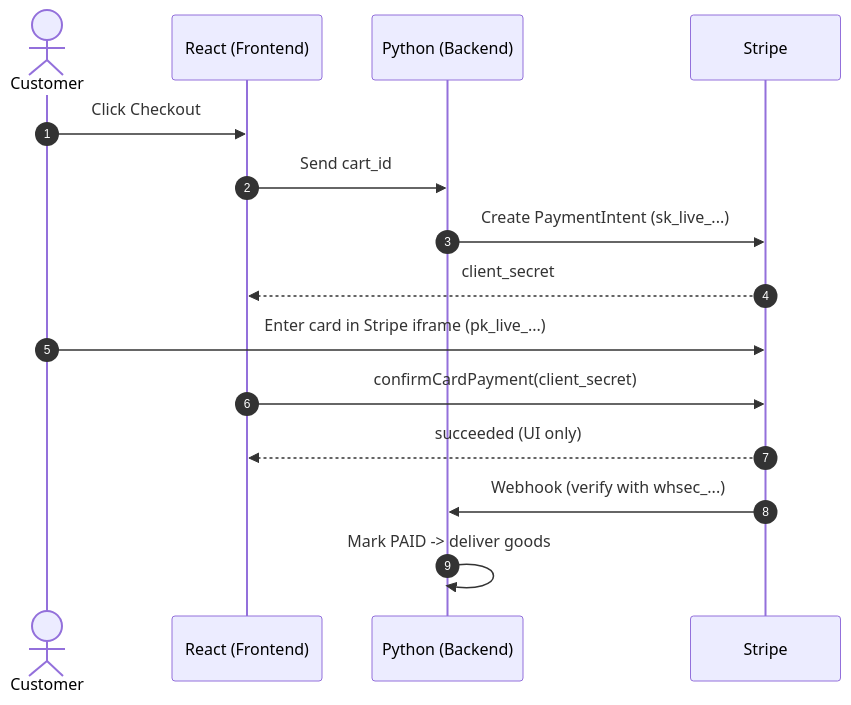
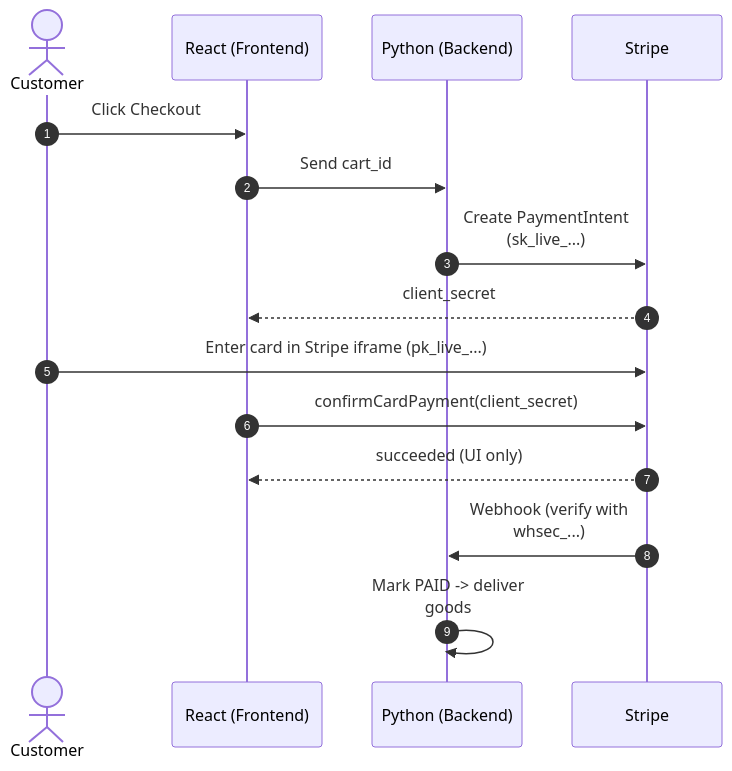
Before and after one commit to adriensieg/agentic-commerce-revolution: the first of 2 diagrams in UCP.md, drawn with Mermaid.

````diff
--- a/UCP.md
+++ b/UCP.md
@@ -5,18 +5,19 @@
 ```mermaid
+%%{init: { 'theme': 'default', 'config': { 'wrap': true }}}%%
 sequenceDiagram
     actor Customer
     participant React (Frontend)
     participant Python (Backend)
     participant Stripe
 
     autonumber
     Customer->>React (Frontend): Click Checkout
     React (Frontend)->>Python (Backend): Send cart_id
     Python (Backend)->>Stripe: Create PaymentIntent (sk_live_...)
     Stripe-->>React (Frontend): client_secret
     Customer->>Stripe: Enter card in Stripe iframe (pk_live_...)
     React (Frontend)->>Stripe: confirmCardPayment(client_secret)
     Stripe-->>React (Frontend): succeeded (UI only)
     Stripe->>Python (Backend): Webhook (verify with whsec_...)
     Python (Backend)->>Python (Backend): Mark PAID -> deliver goods
 ```
````
